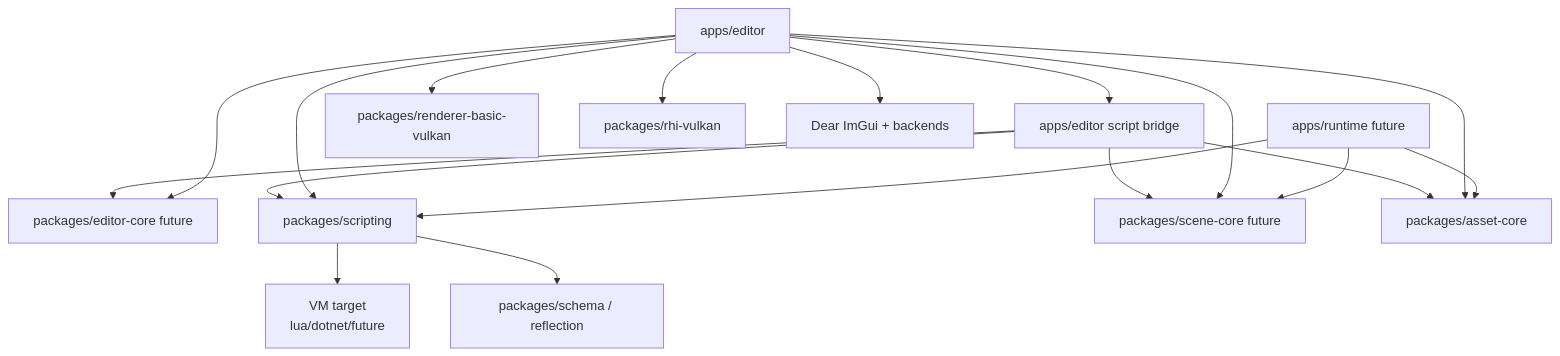
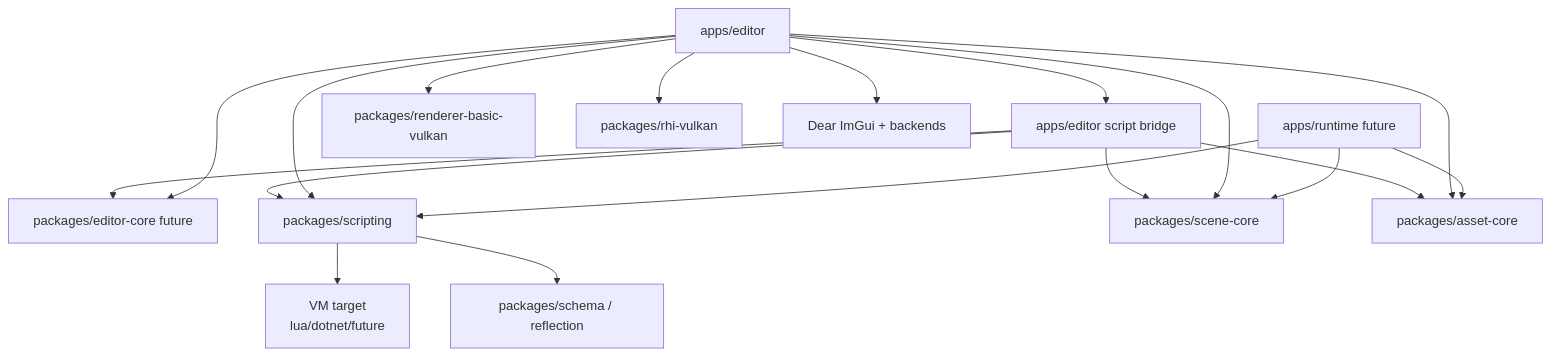
The first of 2 diagrams in docs/architecture/editor-ui-scripting.md (66six11/Engine), drawn with Mermaid before and after one commit. The commit also changed 1 other file, not shown here.

Commit message:
docs: refresh engine subsystem baselines

````diff
--- a/docs/architecture/editor-ui-scripting.md
+++ b/docs/architecture/editor-ui-scripting.md
@@ -46,35 +46,35 @@
 ```mermaid
 flowchart TD
     RuntimeApp["apps/runtime future"]
     EditorApp["apps/editor"]
     EditorBridge["apps/editor script bridge"]
     EditorCore["packages/editor-core future"]
     Scripting["packages/scripting"]
     VM["VM target<br/>lua/dotnet/future"]
-    Scene["packages/scene-core future"]
+    Scene["packages/scene-core"]
     Asset["packages/asset-core"]
     Schema["packages/schema / reflection"]
     Renderer["packages/renderer-basic-vulkan"]
     RHI["packages/rhi-vulkan"]
     ImGui["Dear ImGui + backends"]
 
     RuntimeApp --> Scripting
     RuntimeApp --> Scene
     RuntimeApp --> Asset
 
     EditorApp --> ImGui
     EditorApp --> EditorCore
     EditorApp --> EditorBridge
     EditorApp --> Renderer
     EditorApp --> RHI
     EditorApp --> Scripting
     EditorApp --> Scene
     EditorApp --> Asset
 
     EditorBridge --> EditorCore
     EditorBridge --> Scripting
     EditorBridge --> Scene
     EditorBridge --> Asset
     Scripting --> VM
     Scripting --> Schema
 ```
````
